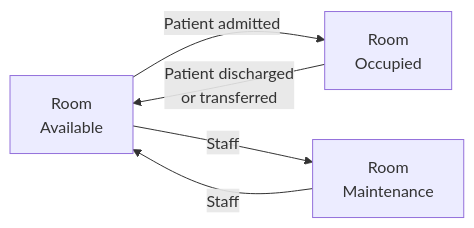
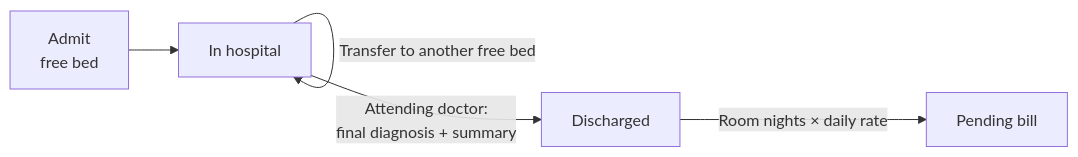
One commit to sahc1987/Hospital-App changed the third of 5 diagrams in README.md. Above: the diagram before and after it, drawn with Mermaid. The commit also changed other lines of this file and 20 other files, not shown here.

````diff
--- a/README.md
+++ b/README.md
@@ -145,7 +146,7 @@
 ```mermaid
 flowchart LR
-    R1[Room<br/>Available] -->|Patient admitted| R2[Room<br/>Occupied]
-    R2 -->|Patient discharged<br/>or transferred| R1
-    R1 -->|Staff| R3[Room<br/>Maintenance]
-    R3 -->|Staff| R1
+    A[Admit<br/>free bed] --> S[In hospital]
+    S -->|Transfer to another free bed| S
+    S -->|Attending doctor:<br/>final diagnosis + summary| D[Discharged]
+    D -->|Room nights × daily rate| B[Pending bill]
 ```
````
